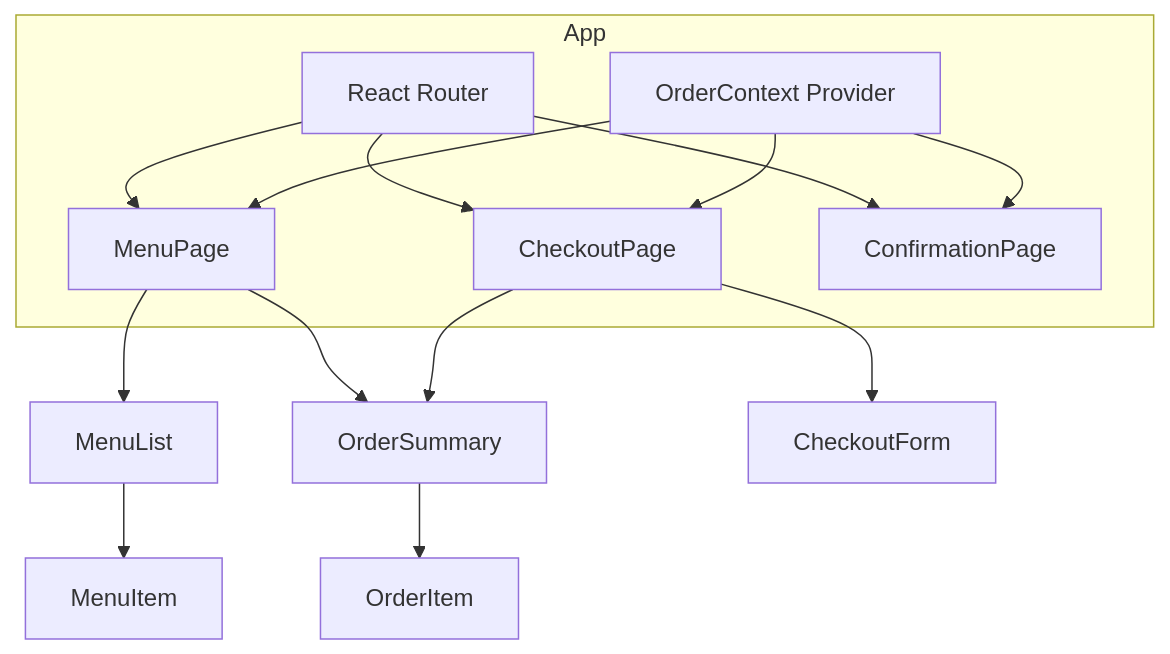
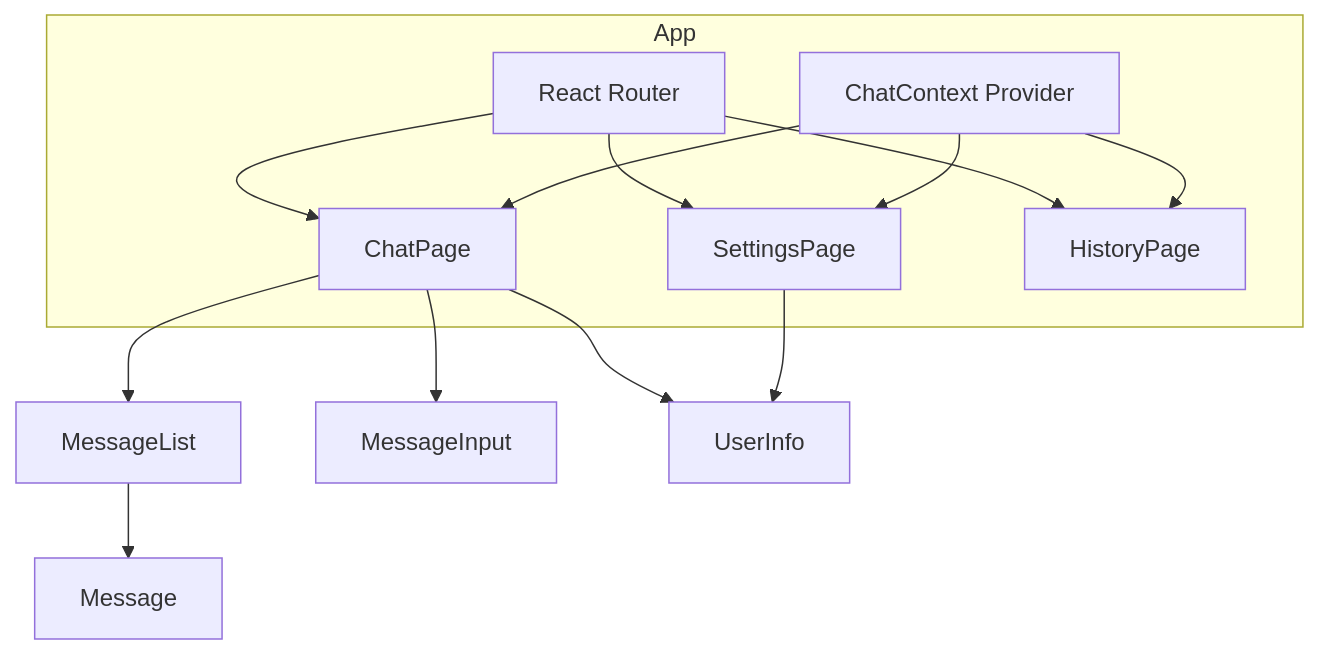
Before and after one commit to Episk-pos/DevFoundry: the diagram in website/docs/curriculum/part-3-building-applications/react-spa.md, drawn with Mermaid. The commit also changed other lines of this file and 153 other files, not shown here.

````diff
--- a/website/docs/curriculum/part-3-building-applications/react-spa.md
+++ b/website/docs/curriculum/part-3-building-applications/react-spa.md
@@ -118,23 +120,22 @@
 ```mermaid
 flowchart TD
     subgraph App
         Router[React Router]
-        Context[OrderContext Provider]
+        Context[ChatContext Provider]
 
-        Router --> MenuPage
-        Router --> CheckoutPage
-        Router --> ConfirmationPage
+        Router --> ChatPage
+        Router --> SettingsPage
+        Router --> HistoryPage
 
-        Context --> MenuPage
-        Context --> CheckoutPage
-        Context --> ConfirmationPage
+        Context --> ChatPage
+        Context --> SettingsPage
+        Context --> HistoryPage
     end
 
-    MenuPage --> MenuList
-    MenuList --> MenuItem
-    MenuPage --> OrderSummary
-    OrderSummary --> OrderItem
+    ChatPage --> MessageList
+    MessageList --> Message
+    ChatPage --> MessageInput
+    ChatPage --> UserInfo
 
-    CheckoutPage --> CheckoutForm
-    CheckoutPage --> OrderSummary
+    SettingsPage --> UserInfo
 ```
````
